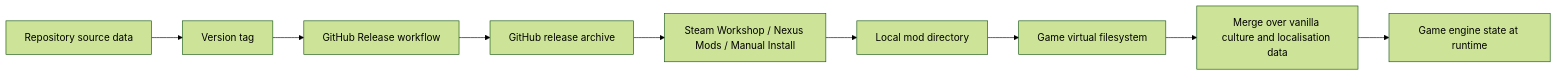
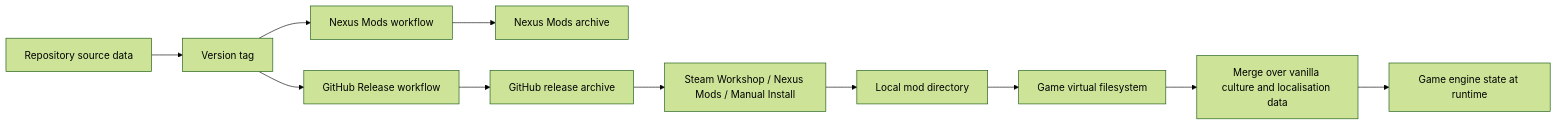
The fourth of 5 diagrams in ARCHITECTURE.md (hmlendea/imperator-dracones-invictus), drawn with Mermaid (forest theme) before and after one commit. The commit also changed other lines of this file and 24 other files, not shown here.

Commit message:
ci: Created the Nexus Mods Release workflow

````diff
--- a/ARCHITECTURE.md
+++ b/ARCHITECTURE.md
@@ -203,11 +208,13 @@
 ```mermaid
 flowchart LR
     Source[Repository source data] --> Tag[Version tag]
     Tag --> Build[GitHub Release workflow]
+    Tag --> NexusBuild[Nexus Mods workflow]
+    NexusBuild --> NexusArchive[Nexus Mods archive]
     Build --> Archive[GitHub release archive]
     Archive --> Channels[Steam Workshop / Nexus Mods / Manual Install]
     Channels --> ModDir[Local mod directory]
     ModDir --> VFS[Game virtual filesystem]
     VFS --> Merge[Merge over vanilla culture and localisation data]
     Merge --> Engine[Game engine state at runtime]
 ```
````
